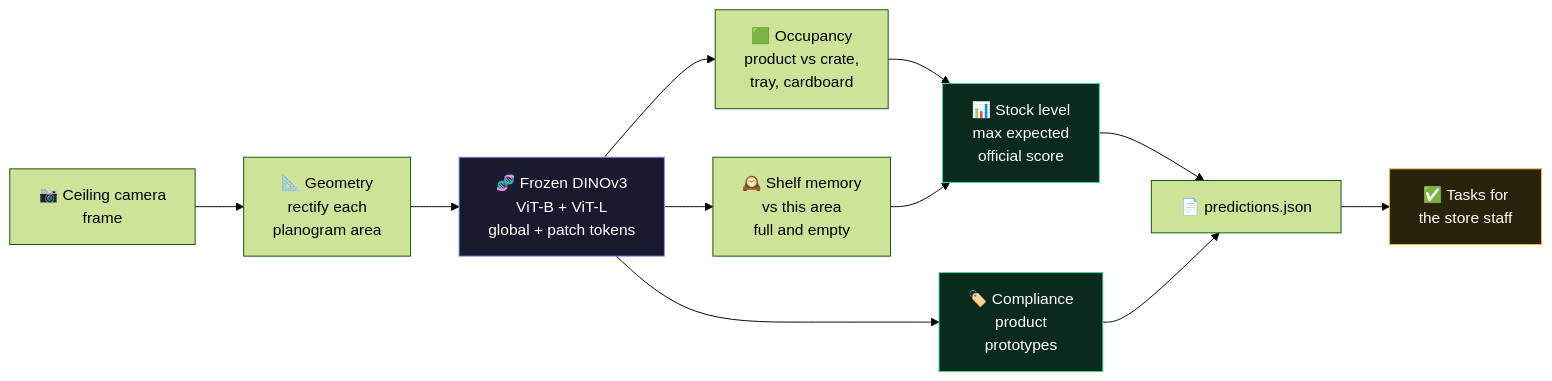
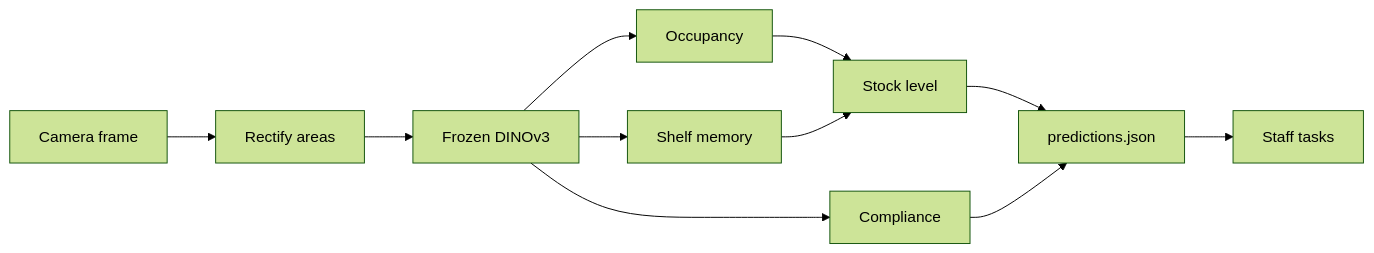
Before and after one commit to franciscogfsm/ShelfOS: the diagram in README.md, drawn with Mermaid (forest theme). The commit also changed other lines of this file and 2 other files, not shown here.

````diff
--- a/README.md
+++ b/README.md
@@ -122,18 +55,13 @@
 ```mermaid
 flowchart LR
-    C["📷 Ceiling camera<br/>frame"] --> G["📐 Geometry<br/>rectify each<br/>planogram area"]
-    G --> F["🧬 Frozen DINOv3<br/>ViT-B + ViT-L<br/>global + patch tokens"]
-    F --> O["🟩 Occupancy<br/>product vs crate,<br/>tray, cardboard"]
-    F --> M["🕰️ Shelf memory<br/>vs this area<br/>full and empty"]
-    F --> P["🏷️ Compliance<br/>product<br/>prototypes"]
-    O --> S["📊 Stock level<br/>max expected<br/>official score"]
+    C[Camera frame] --> G[Rectify areas]
+    G --> F[Frozen DINOv3]
+    F --> O[Occupancy]
+    F --> M[Shelf memory]
+    F --> P[Compliance]
+    O --> S[Stock level]
     M --> S
-    S --> J["📄 predictions.json"]
+    S --> J[predictions.json]
     P --> J
-    J --> T["✅ Tasks for<br/>the store staff"]
-
-    style F fill:#1a1a2e,stroke:#8b8bff,color:#fff
-    style S fill:#0b2a1e,stroke:#3ddc97,color:#fff
-    style P fill:#0b2a1e,stroke:#3ddc97,color:#fff
-    style T fill:#2a220b,stroke:#f5b83d,color:#fff
+    J --> T[Staff tasks]
 ```
````
